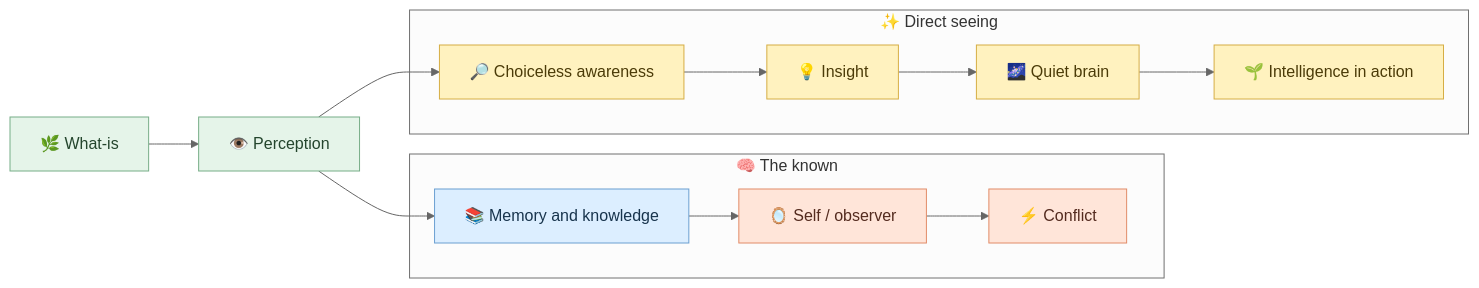
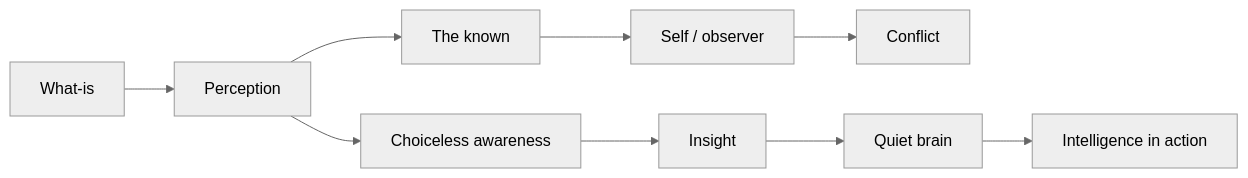
The first of 8 diagrams in _posts/2026-09-08-architecture-of-the-mind-krishnamurti.md (enogrob/enogrob.github.io), drawn with Mermaid (neutral theme) before and after one commit. The commit also changed other lines of this file and 3 other files, not shown here.

````diff
--- a/_posts/2026-09-08-architecture-of-the-mind-krishnamurti.md
+++ b/_posts/2026-09-08-architecture-of-the-mind-krishnamurti.md
@@ -41,27 +40,11 @@
 ```mermaid!
 flowchart LR
-    W["🌿 What-is"] --> P["👁️ Perception"]
-
-    subgraph KNOWN["🧠 The known"]
-      K["📚 Memory and knowledge"] --> S["🪞 Self / observer"]
-      S --> C["⚡ Conflict"]
-    end
-
-    subgraph DIRECT["✨ Direct seeing"]
-      A["🔎 Choiceless awareness"] --> I["💡 Insight"]
-      I --> Q["🌌 Quiet brain"]
-      Q --> N["🌱 Intelligence in action"]
-    end
-
-    P --> K
-    P --> A
-
-    classDef fact fill:#e5f4e9,stroke:#77ad87,color:#24452d
-    classDef known fill:#dceeff,stroke:#6b9fd1,color:#18344d
-    classDef tension fill:#ffe5d9,stroke:#e28c68,color:#542b1f
-    classDef insight fill:#fff2bf,stroke:#d6ae45,color:#4b3b08
-    class W,P fact
-    class K known
-    class S,C tension
-    class A,I,Q,N insight
+    W["What-is"] --> P["Perception"]
+    P --> K["The known"]
+    K --> S["Self / observer"]
+    S --> C["Conflict"]
+    P --> A["Choiceless awareness"]
+    A --> I["Insight"]
+    I --> Q["Quiet brain"]
+    Q --> N["Intelligence in action"]
 ```
````
